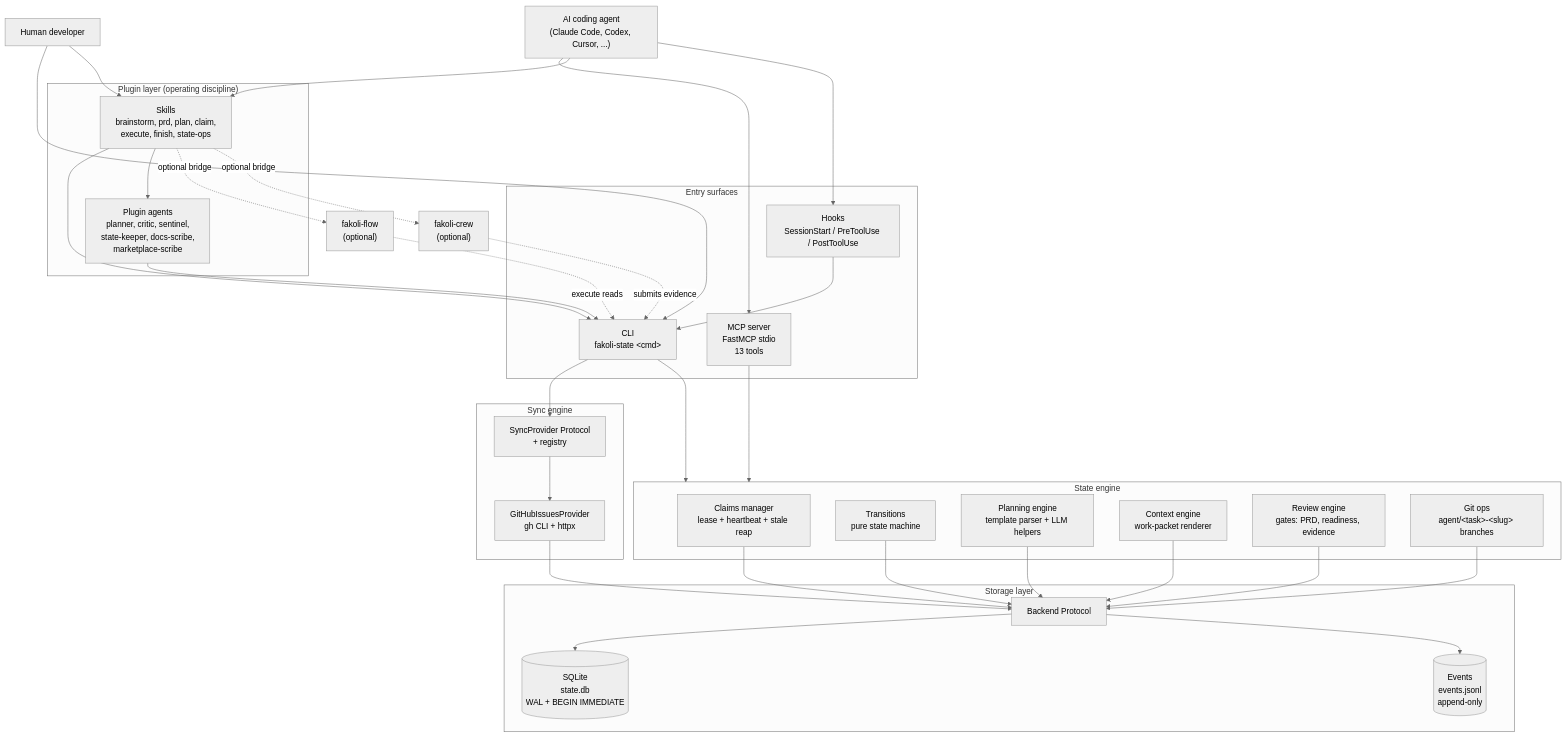
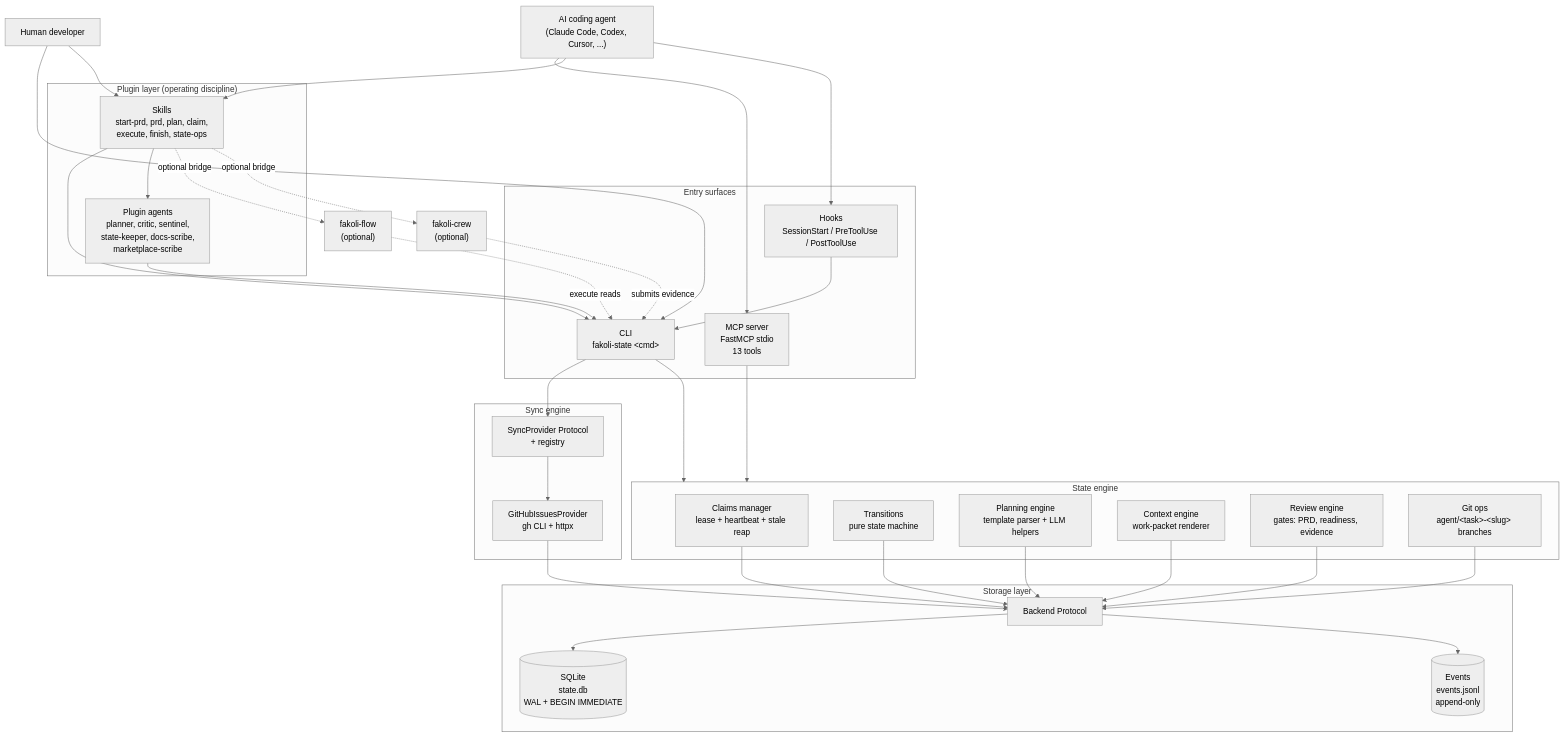
One commit to fakoli/fakoli-plugins changed the first of 3 diagrams in plugins/fakoli-state/docs/architecture.md. Above: the diagram before and after it, drawn with Mermaid (neutral theme). The commit also changed other lines of this file and 18 other files, not shown here.

````diff
--- a/plugins/fakoli-state/docs/architecture.md
+++ b/plugins/fakoli-state/docs/architecture.md
@@ -47,71 +47,71 @@
 ```mermaid
 graph TD
     User["Human developer"]
     Agent["AI coding agent<br/>(Claude Code, Codex, Cursor, ...)"]
 
     subgraph Entry["Entry surfaces"]
         CLI["CLI<br/>fakoli-state &lt;cmd&gt;"]
         MCP["MCP server<br/>FastMCP stdio<br/>13 tools"]
         Hooks["Hooks<br/>SessionStart / PreToolUse / PostToolUse"]
     end
 
     subgraph Plugin["Plugin layer (operating discipline)"]
-        Skills["Skills<br/>brainstorm, prd, plan, claim,<br/>execute, finish, state-ops"]
+        Skills["Skills<br/>start-prd, prd, plan, claim,<br/>execute, finish, state-ops"]
         Agents["Plugin agents<br/>planner, critic, sentinel,<br/>state-keeper, docs-scribe,<br/>marketplace-scribe"]
     end
 
     subgraph Engine["State engine"]
         Claims["Claims manager<br/>lease + heartbeat + stale reap"]
         Transitions["Transitions<br/>pure state machine"]
         Planning["Planning engine<br/>template parser + LLM helpers"]
         Context["Context engine<br/>work-packet renderer"]
         Review["Review engine<br/>gates: PRD, readiness, evidence"]
         GitOps["Git ops<br/>agent/&lt;task&gt;-&lt;slug&gt; branches"]
     end
 
     subgraph Storage["Storage layer"]
         Backend["Backend Protocol"]
         SQLite[("SQLite<br/>state.db<br/>WAL + BEGIN IMMEDIATE")]
         Events[("Events<br/>events.jsonl<br/>append-only")]
     end
 
     subgraph Sync["Sync engine"]
         SyncProto["SyncProvider Protocol<br/>+ registry"]
         GitHub["GitHubIssuesProvider<br/>gh CLI + httpx"]
     end
 
     Flow["fakoli-flow<br/>(optional)"]
     Crew["fakoli-crew<br/>(optional)"]
 
     User --> CLI
     User --> Skills
     Agent --> MCP
     Agent --> Skills
     Agent --> Hooks
 
     CLI --> Engine
     MCP --> Engine
     Hooks --> CLI
     Skills --> CLI
     Skills --> Agents
     Agents --> CLI
 
     Claims --> Backend
     Transitions --> Backend
     Planning --> Backend
     Context --> Backend
     Review --> Backend
     GitOps --> Backend
 
     Backend --> SQLite
     Backend --> Events
 
     CLI --> SyncProto
     SyncProto --> GitHub
     GitHub --> Backend
 
     Skills -.optional bridge.-> Flow
     Skills -.optional bridge.-> Crew
     Flow -.execute reads.-> CLI
     Crew -.submits evidence.-> CLI
 ```
````
